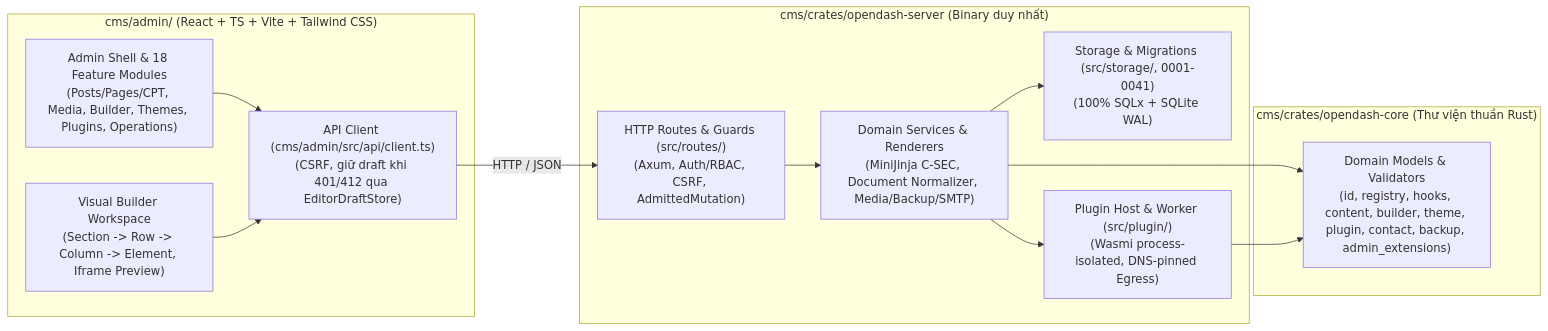
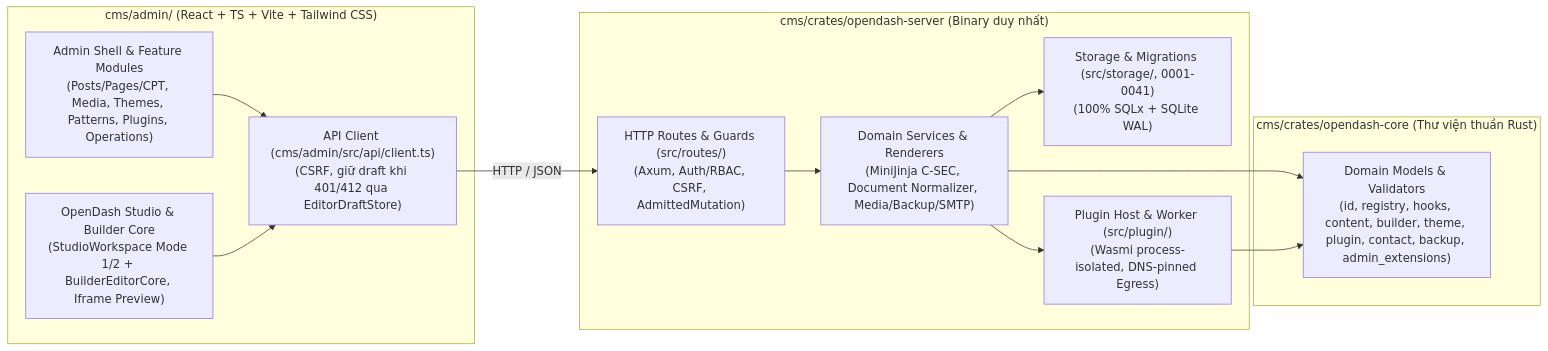
Before and after one commit to thientran2359/opendash-cms: the diagram in docs/architecture/CMS_ARCHITECTURE.md, drawn with Mermaid. The commit also changed other lines of this file and 84 other files, not shown here.

````diff
--- a/docs/architecture/CMS_ARCHITECTURE.md
+++ b/docs/architecture/CMS_ARCHITECTURE.md
@@ -14,28 +14,28 @@
 ```mermaid
 flowchart LR
     subgraph Admin["cms/admin/ (React + TS + Vite + Tailwind CSS)"]
-        Shell["Admin Shell & 18 Feature Modules\n(Posts/Pages/CPT, Media, Builder, Themes, Plugins, Operations)"]
-        Builder["Visual Builder Workspace\n(Section -> Row -> Column -> Element, Iframe Preview)"]
+        Shell["Admin Shell & Feature Modules\n(Posts/Pages/CPT, Media, Themes, Patterns, Plugins, Operations)"]
+        Builder["OpenDash Studio & Builder Core\n(StudioWorkspace Mode 1/2 + BuilderEditorCore, Iframe Preview)"]
         ApiClient["API Client (cms/admin/src/api/client.ts)\n(CSRF, giữ draft khi 401/412 qua EditorDraftStore)"]
         Shell --> ApiClient
         Builder --> ApiClient
     end
 
     subgraph Server["cms/crates/opendash-server (Binary duy nhất)"]
         Routes["HTTP Routes & Guards (src/routes/)\n(Axum, Auth/RBAC, CSRF, AdmittedMutation)"]
         UseCases["Domain Services & Renderers\n(MiniJinja C-SEC, Document Normalizer, Media/Backup/SMTP)"]
         Storage["Storage & Migrations (src/storage/, 0001-0041)\n(100% SQLx + SQLite WAL)"]
         PluginHost["Plugin Host & Worker (src/plugin/)\n(Wasmi process-isolated, DNS-pinned Egress)"]
         Routes --> UseCases
         UseCases --> Storage
         UseCases --> PluginHost
     end
 
     subgraph Core["cms/crates/opendash-core (Thư viện thuần Rust)"]
         Domain["Domain Models & Validators\n(id, registry, hooks, content, builder, theme, plugin, contact, backup, admin_extensions)"]
     end
 
     ApiClient -->|HTTP / JSON| Routes
     UseCases --> Domain
     PluginHost --> Domain
 ```
````
